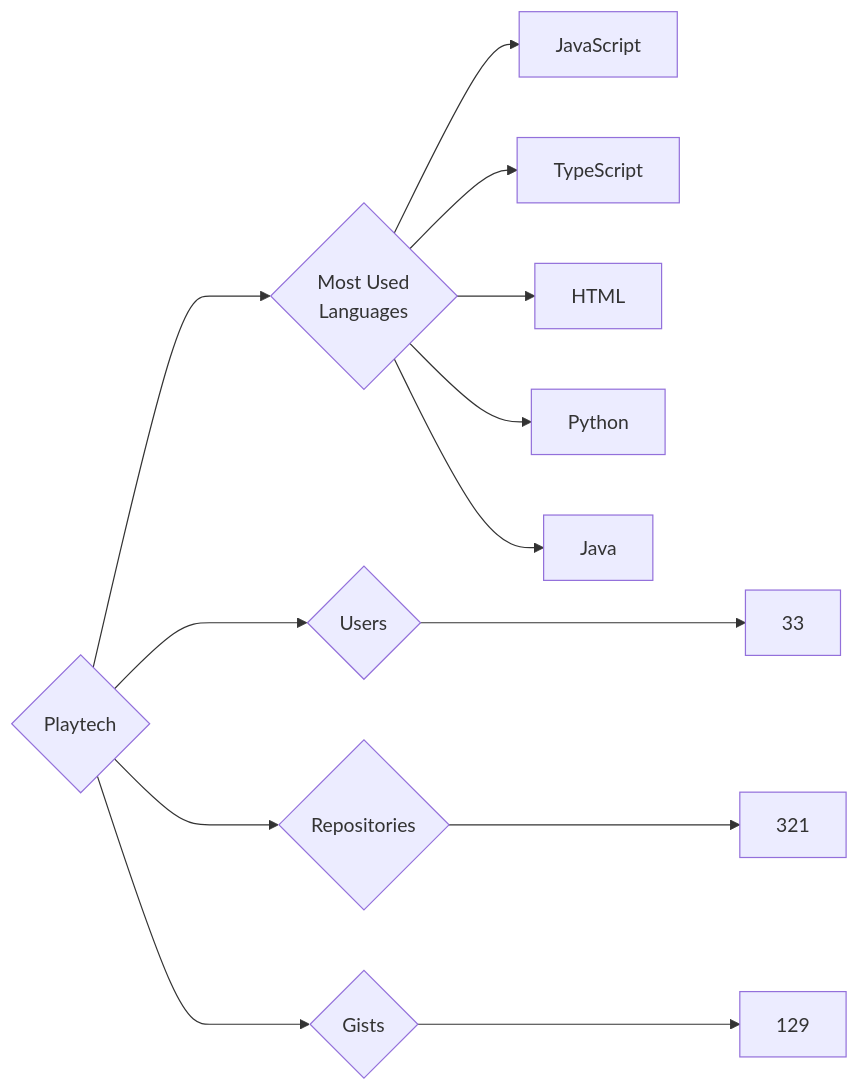
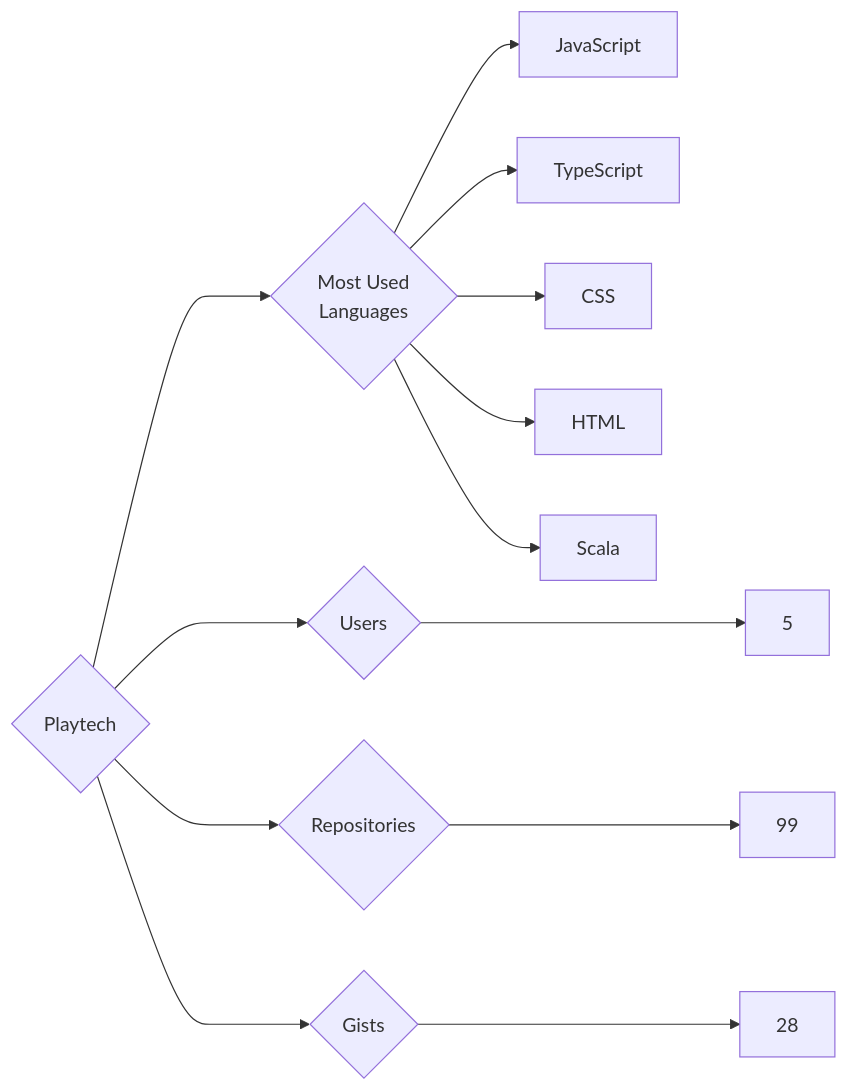
One commit to trickest/insiders changed the diagram in targets/Playtech/README.md. Above: the diagram before and after it, drawn with Mermaid. The commit also changed 870 other files, not shown here.

````diff
--- a/targets/Playtech/README.md
+++ b/targets/Playtech/README.md
@@ -3,13 +3,13 @@
 ```mermaid
 graph LR
 COMPANY_NAME{Playtech}
-COMPANY_NAME ---> U{Users} ---> UN[33]
-COMPANY_NAME ---> R{Repositories} ---> RN[321]
-COMPANY_NAME ---> G{Gists} ---> GN[129]
+COMPANY_NAME ---> U{Users} ---> UN[5]
+COMPANY_NAME ---> R{Repositories} ---> RN[99]
+COMPANY_NAME ---> G{Gists} ---> GN[28]
 COMPANY_NAME ---> ML{Most Used<br>Languages}
 ML --> JavaScript[JavaScript]
 ML --> TypeScript[TypeScript]
+ML --> CSS[CSS]
 ML --> HTML[HTML]
-ML --> Python[Python]
-ML --> Java[Java]
+ML --> Scala[Scala]
 ```
````
